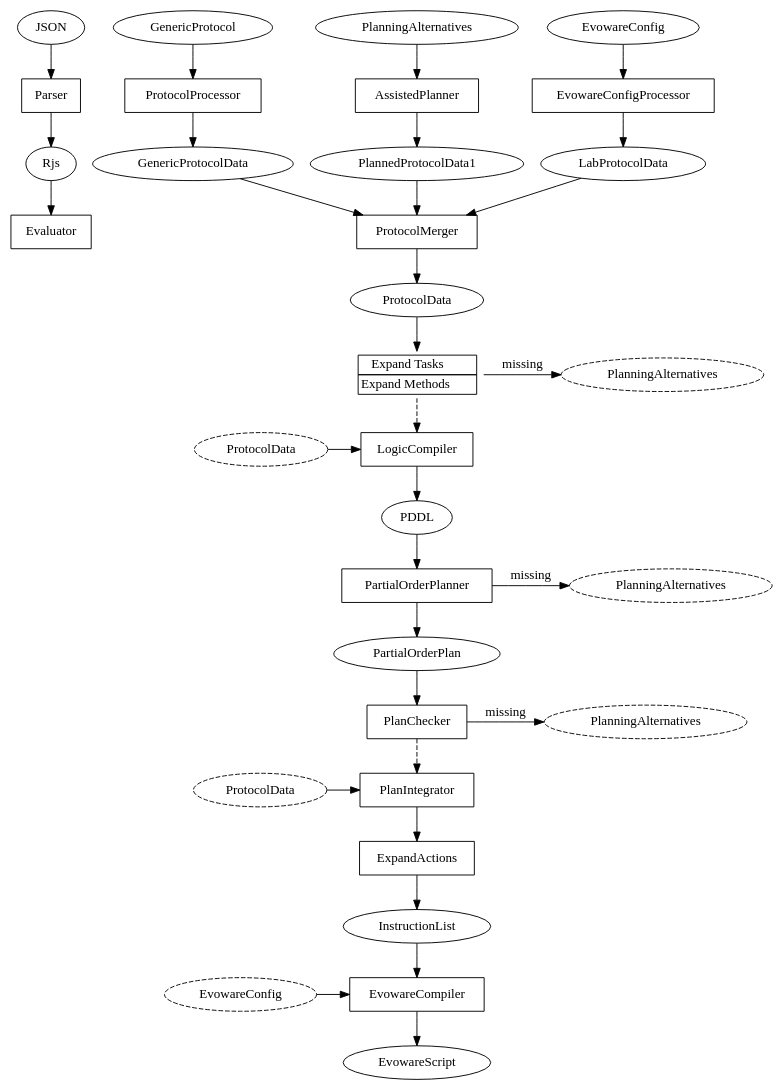
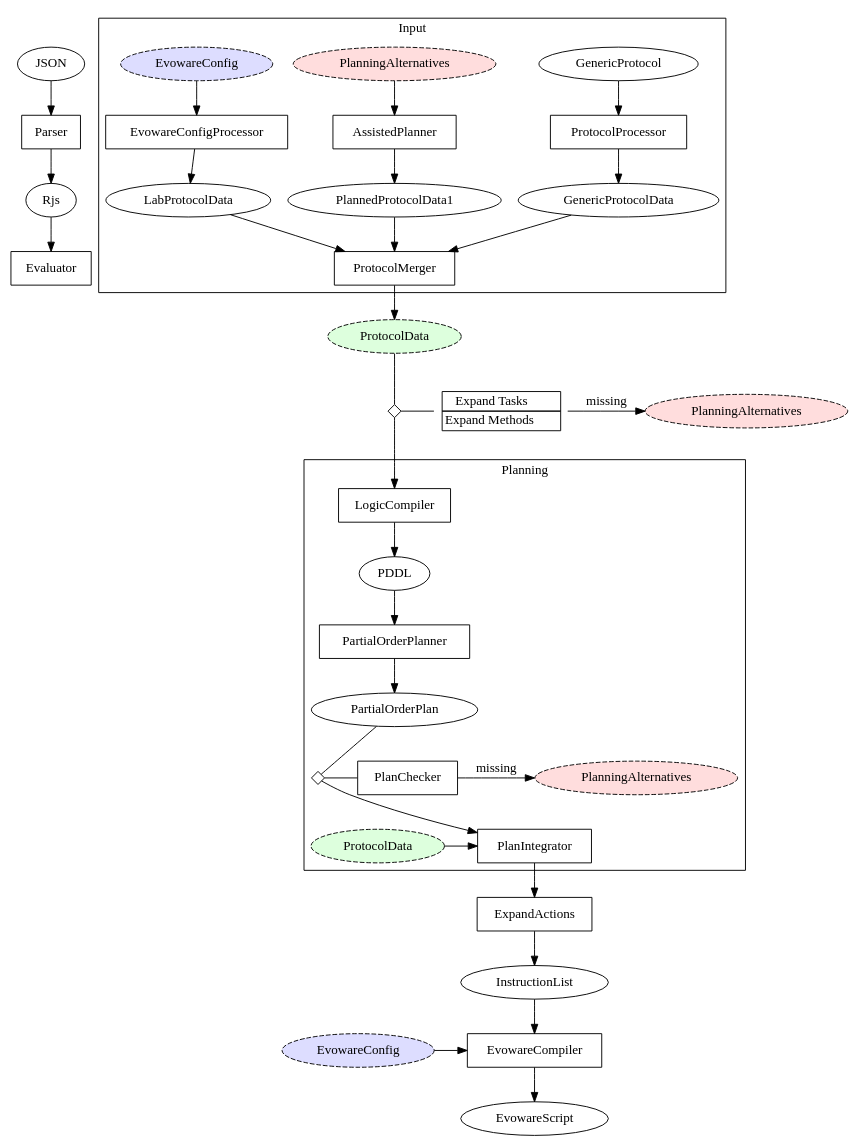
Before and after one commit to ellis/roboliq: the diagram in doc/architecture.dot, drawn with Graphviz.

Commit message:
architecture

```diff
--- a/doc/architecture.dot
+++ b/doc/architecture.dot
@@ -1,57 +1,79 @@
 digraph Roboliq {
 	Parser [ shape="box" ];
 	Evaluator [ shape="box" ];
 
-	EvowareConfigProcessor [ shape="box" ];
-	ProtocolProcessor [ shape="box" ];
-	AssistedPlanner [ shape="box" ];
-	ProtocolMerger [ shape="box" ];
+	subgraph cluster_0 {
+		label = "Input";
+		GenericProtocol;
+		Alternatives0 [ label="PlanningAlternatives", style="dashed,filled", fillcolor="#ffdddd" ];
+		EvowareConfig0 [ label="EvowareConfig", style="dashed,filled", fillcolor="#ddddff" ];
+
+		EvowareConfigProcessor [ shape="box" ];
+		ProtocolProcessor [ shape="box" ];
+		AssistedPlanner [ shape="box" ];
+
+		ProtocolMerger [ shape="box" ];
+
+		EvowareConfig0 -> EvowareConfigProcessor -> LabProtocolData -> ProtocolMerger;
+		GenericProtocol -> ProtocolProcessor -> GenericProtocolData -> ProtocolMerger;
+		Alternatives0 -> AssistedPlanner -> PlannedProtocolData1 -> ProtocolMerger;
+	};
+
+	CheckPoint1 [ label="", shape="diamond", width=0.2, height=0.2, fixedsize=true ];
 	ExpandCommands [
 		shape = none
 		label = <<table border="0" cellspacing="0">
 					<tr><td port="port1" border="1">Expand Tasks</td></tr>
 					<tr><td port="port2" border="1">Expand Methods</td></tr>
 				</table>>
 	]
-	LogicCompiler [ shape="box" ];
-	PartialOrderPlanner [ shape="box" ];
-	PlanChecker [ shape="box" ];
-	PlanIntegrator [ shape="box" ];
+	Alternatives1 [ label="PlanningAlternatives", style="dashed,filled", fillcolor="#ffdddd" ];
+
+	CheckPoint1 -> ExpandCommands [ arrowhead="none" ];
+	CheckPoint1 -> LogicCompiler;
+
+	subgraph cluster_1 {
+		label = "Planning";
+
+		
+		LogicCompiler [ shape="box" ];
+		PartialOrderPlanner [ shape="box" ];
+		PlanChecker [ shape="box" ];
+		PlanIntegrator [ shape="box" ];
+		Alternatives2 [ label="PlanningAlternatives", style="dashed,filled", fillcolor="#ffdddd" ];
+
+		LogicCompiler -> PDDL -> PartialOrderPlanner -> PartialOrderPlan;
+		PartialOrderPlan -> CheckPoint2 [ arrowhead="none" ];
+
+		CheckPoint2 -> PlanChecker [ arrowhead="none" ];
+		CheckPoint2 -> PlanIntegrator;
+		PlanChecker -> Alternatives2 [ label=" missing " ];
+
+		{ rank=same ProtocolData1 PlanIntegrator };
+		{ rank=same CheckPoint2 PlanChecker Alternatives2 };
+	};
+
 	ExpandActions [ shape="box" ];
 	EvowareCompiler [ shape="box" ];
 
-	Alternatives1 [ label="PlanningAlternatives", style="dashed" ];
-	Alternatives2 [ label="PlanningAlternatives", style="dashed" ];
-	Alternatives3 [ label="PlanningAlternatives", style="dashed" ];
-	ProtocolData1 [ label="ProtocolData", style="dashed" ];
-	ProtocolData2 [ label="ProtocolData", style="dashed" ];
-	EvowareConfig2 [ label="EvowareConfig", style="dashed" ];
+	CheckPoint2 [ label="", shape="diamond", width=0.2, height=0.2, fixedsize=true ];
+	ProtocolData0 [ label="ProtocolData", style="dashed,filled", fillcolor="#ddffdd" ];
+	ProtocolData1 [ label="ProtocolData", style="dashed,filled", fillcolor="#ddffdd" ];
+	EvowareConfig1 [ label="EvowareConfig", style="dashed,filled", fillcolor="#ddddff" ];
 
 	JSON -> Parser -> Rjs -> Evaluator;
 
-	EvowareConfig -> EvowareConfigProcessor -> LabProtocolData -> ProtocolMerger;
-	GenericProtocol -> ProtocolProcessor -> GenericProtocolData -> ProtocolMerger;
-	PlanningAlternatives -> AssistedPlanner -> PlannedProtocolData1 -> ProtocolMerger;
 
-	ProtocolMerger -> ProtocolData -> ExpandCommands;
-	ExpandCommands -> LogicCompiler [ style="dashed" ];
-	LogicCompiler -> PDDL -> PartialOrderPlanner -> PartialOrderPlan -> PlanChecker;
-	PlanChecker -> PlanIntegrator [ style="dashed" ];
+	ProtocolMerger -> ProtocolData0;
+	ProtocolData0 -> CheckPoint1 [ arrowhead="none" ];
 	PlanIntegrator ->
 	ExpandActions ->
 		InstructionList -> EvowareCompiler -> EvowareScript;
 	
-	EvowareConfig2 -> EvowareCompiler;
+	EvowareConfig1 -> EvowareCompiler;
 	ExpandCommands -> Alternatives1 [ label=" missing " ];
-	ProtocolData1 -> LogicCompiler;
-	ProtocolData2 -> PlanIntegrator;
-	PartialOrderPlanner -> Alternatives2 [ label=" missing " ];
-	PlanChecker -> Alternatives3 [ label=" missing " ];
+	ProtocolData1 -> PlanIntegrator;
 
-	{ rank=same ExpandCommands Alternatives1 };
-	{ rank=same ProtocolData1 LogicCompiler };
-	{ rank=same ProtocolData2 PlanIntegrator };
-	{ rank=same PartialOrderPlanner Alternatives2 };
-	{ rank=same PlanChecker Alternatives3 };
-	{ rank=same EvowareCompiler EvowareConfig2 };
+	{ rank=same CheckPoint1 ExpandCommands Alternatives1 };
+	{ rank=same EvowareCompiler EvowareConfig1 };
 }
```
